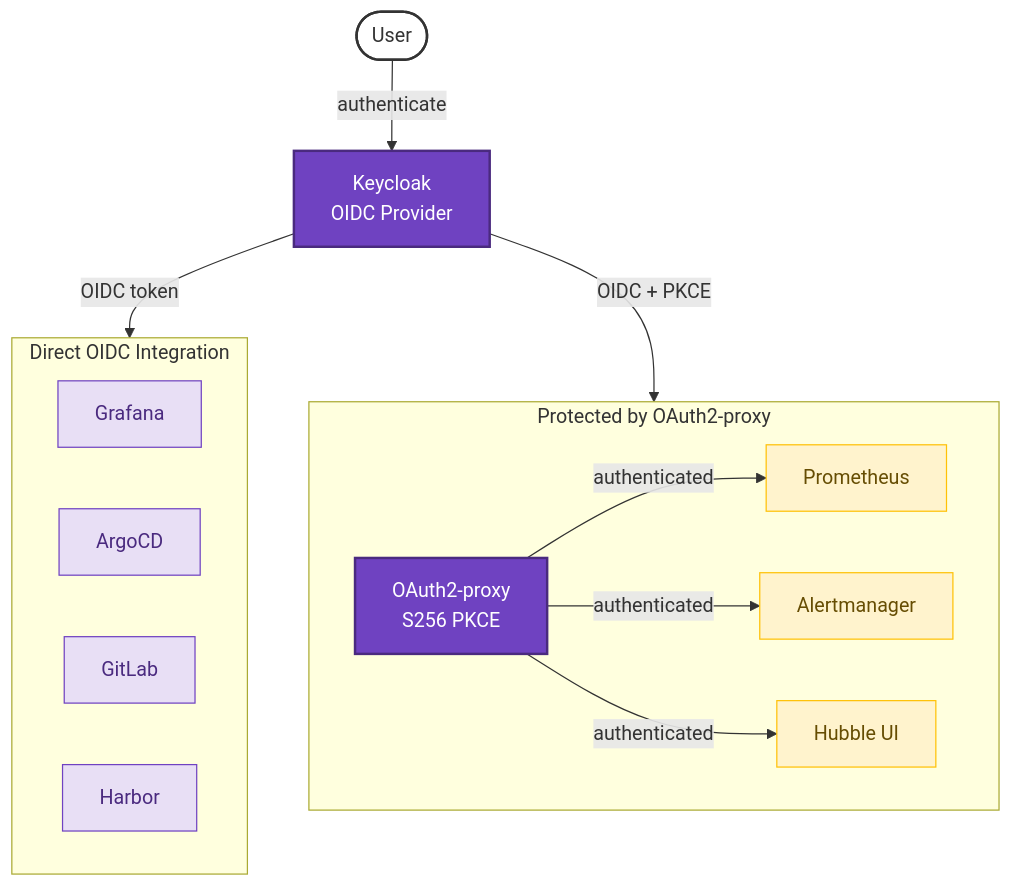
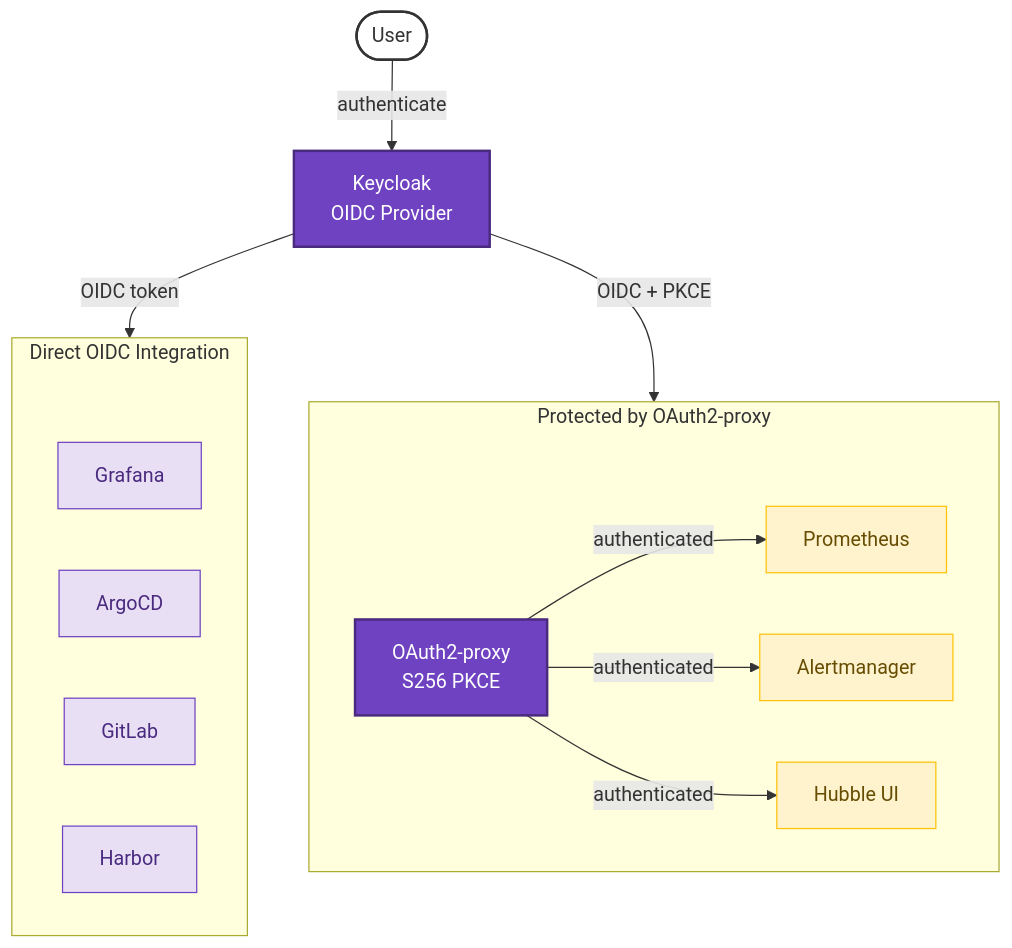
Before and after one commit to derhornspieler/harvester-rke2-svcs: the fourth of 9 diagrams in docs/architecture/landscape.md, drawn with Mermaid. The commit also changed other lines of this file, not shown here.

First line of the commit message:
fix: add spacer nodes to prevent subgraph title overlap in Mermaid

````diff
--- a/docs/architecture/landscape.md
+++ b/docs/architecture/landscape.md
@@ -133,39 +140,42 @@
 ```mermaid
 graph TD
     User(["User"])
     KC["Keycloak<br/>OIDC Provider"]
 
     User -- "authenticate" --> KC
 
     subgraph direct["Direct OIDC Integration"]
         direction LR
+        d_pad[ ]:::hidden
         Grafana["Grafana"]
         ArgoCD["ArgoCD"]
         GitLab["GitLab"]
         Harbor["Harbor"]
     end
 
     subgraph proxy["Protected by OAuth2-proxy"]
         direction LR
+        p_pad[ ]:::hidden
         OAuth["OAuth2-proxy<br/>S256 PKCE"]
         Prom["Prometheus"]
         Alert["Alertmanager"]
         HubbleUI["Hubble UI"]
     end
 
     KC -- "OIDC token" --> direct
     KC -- "OIDC + PKCE" --> OAuth
     OAuth -- "authenticated" --> Prom
     OAuth -- "authenticated" --> Alert
     OAuth -- "authenticated" --> HubbleUI
 
     classDef user fill:#fff,color:#333,stroke:#333,stroke-width:2px
     classDef identity fill:#6f42c1,color:#fff,stroke:#4a2a7f,stroke-width:2px
     classDef app fill:#e8dff5,color:#4a2a7f,stroke:#6f42c1,stroke-width:1px
     classDef protected fill:#fff3cd,color:#664d03,stroke:#ffc107,stroke-width:1px
 
     class User user
     class KC,OAuth identity
     class Grafana,ArgoCD,GitLab,Harbor app
     class Prom,Alert,HubbleUI protected
+    classDef hidden display:none
 ```
````
